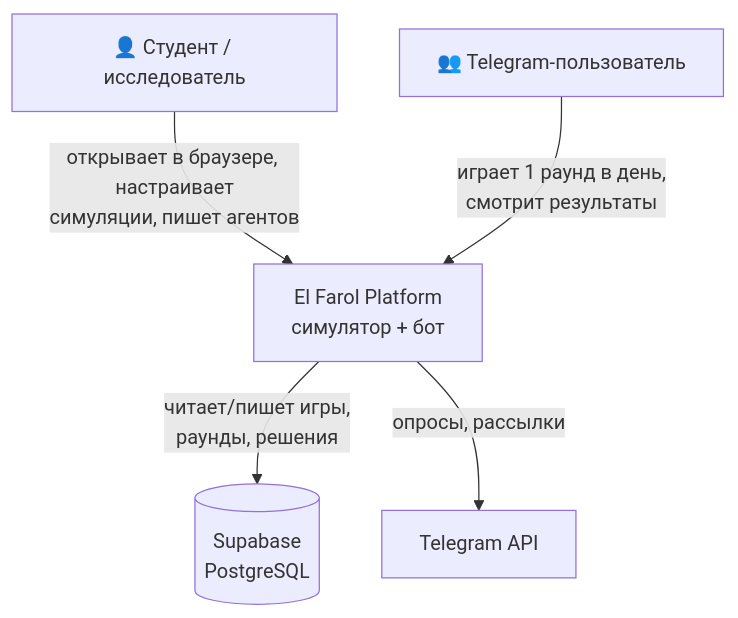
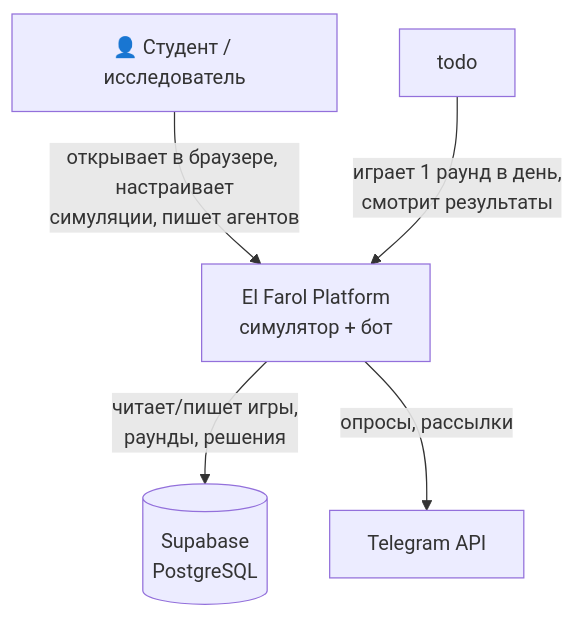
Before and after one commit to Sarkibartierbitti/El-Farol: the first of 4 diagrams in README.md, drawn with Mermaid. The commit also changed other lines of this file and 107 other files, not shown here.

````diff
--- a/README.md
+++ b/README.md
@@ -113,15 +94,15 @@
 ```mermaid
 graph TB
     user[👤 Студент / исследователь]
     tg_user[👥 Telegram-пользователь]
 
     system[El Farol Platform<br/>симулятор + бот]
 
     supabase[(Supabase<br/>PostgreSQL)]
     tg[Telegram API]
 
     user -->|открывает в браузере, настраивает<br/>симуляции, пишет агентов| system
-    tg_user -->|играет 1 раунд в день,<br/>смотрит результаты| system
+    tg_user[todo] -->|играет 1 раунд в день,<br/>смотрит результаты| system 
     system -->|читает/пишет игры,<br/>раунды, решения| supabase
     system -->|опросы, рассылки| tg
 ```
````
